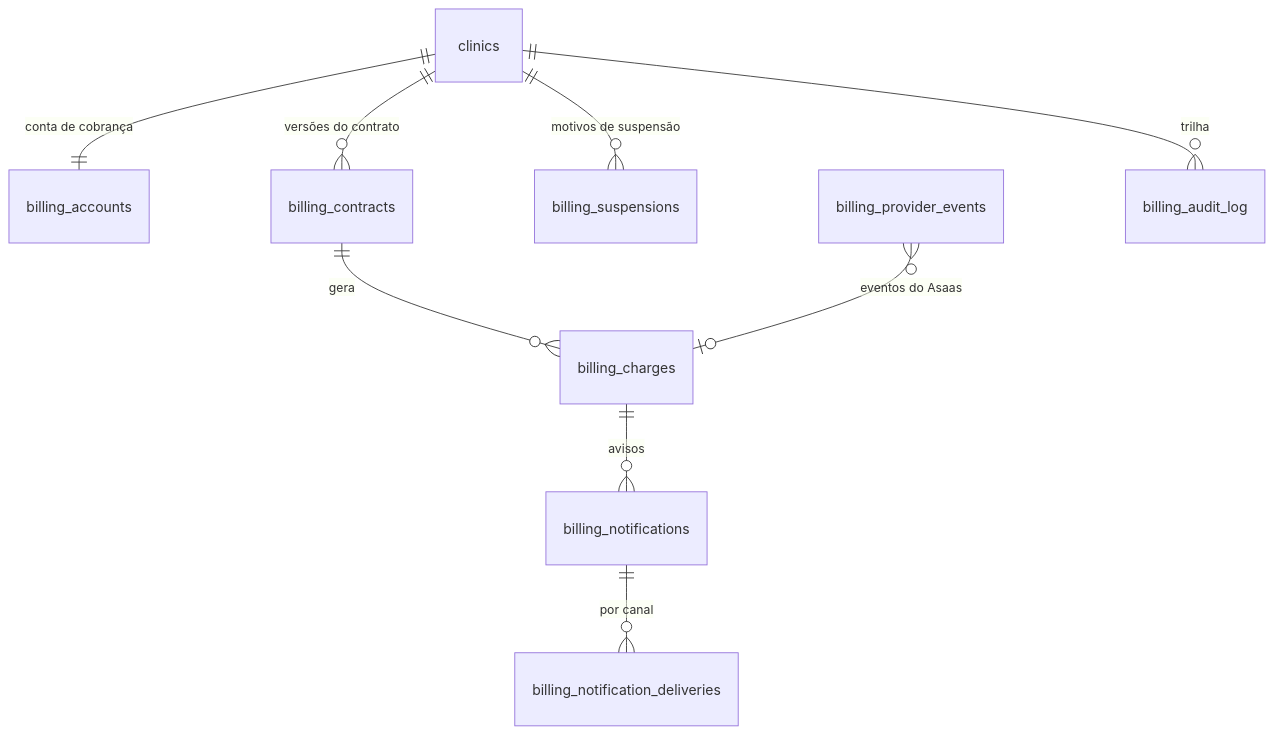
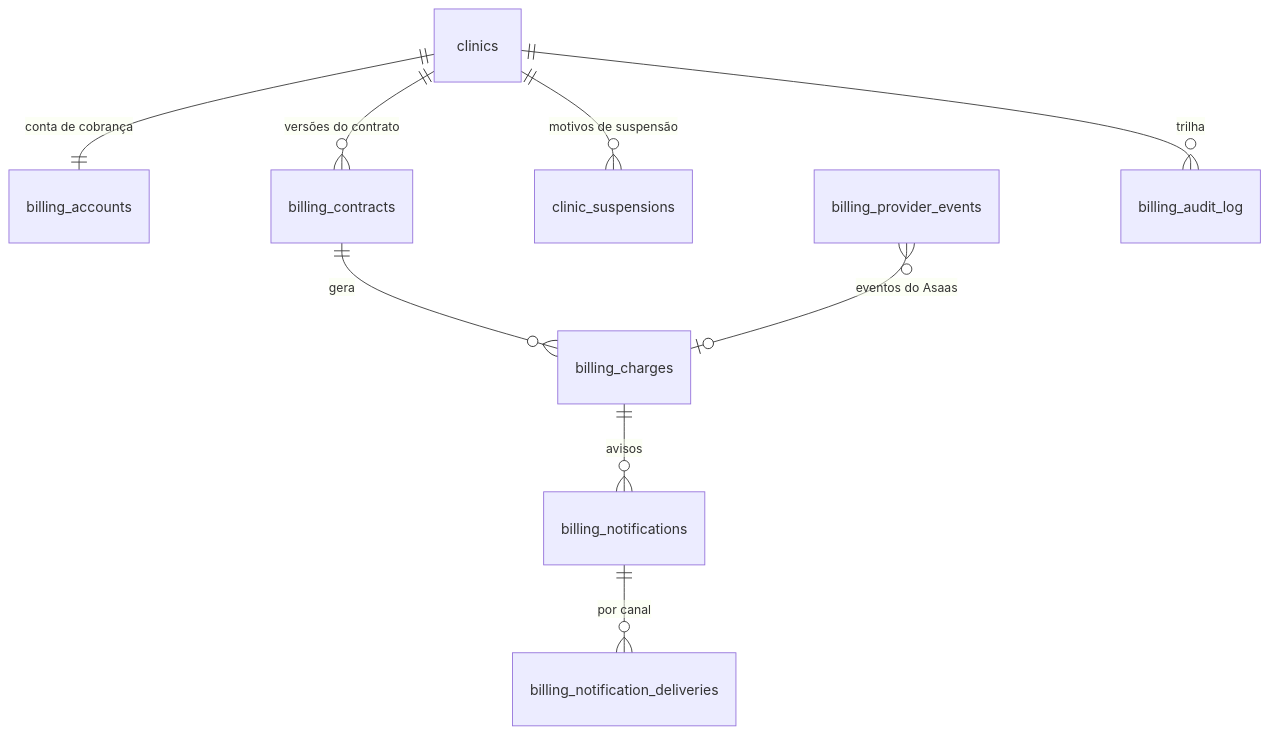
One commit to tluiz22/recepclinic changed the first of 3 diagrams in docs/planejamento-faturamento-saas.md. Above: the diagram before and after it, drawn with Mermaid. The commit also changed other lines of this file, not shown here.

Commit message:
Docs: faturamento, decisão 11.1 (suspensão por motivos registrados)

````diff
--- a/docs/planejamento-faturamento-saas.md
+++ b/docs/planejamento-faturamento-saas.md
@@ -84,11 +84,11 @@
 ```mermaid
 erDiagram
   clinics ||--|| billing_accounts : "conta de cobrança"
   clinics ||--o{ billing_contracts : "versões do contrato"
   billing_contracts ||--o{ billing_charges : "gera"
   billing_charges ||--o{ billing_notifications : "avisos"
   billing_notifications ||--o{ billing_notification_deliveries : "por canal"
-  clinics ||--o{ billing_suspensions : "motivos de suspensão"
+  clinics ||--o{ clinic_suspensions : "motivos de suspensão"
   billing_provider_events }o--o| billing_charges : "eventos do Asaas"
   clinics ||--o{ billing_audit_log : "trilha"
 ```
````
